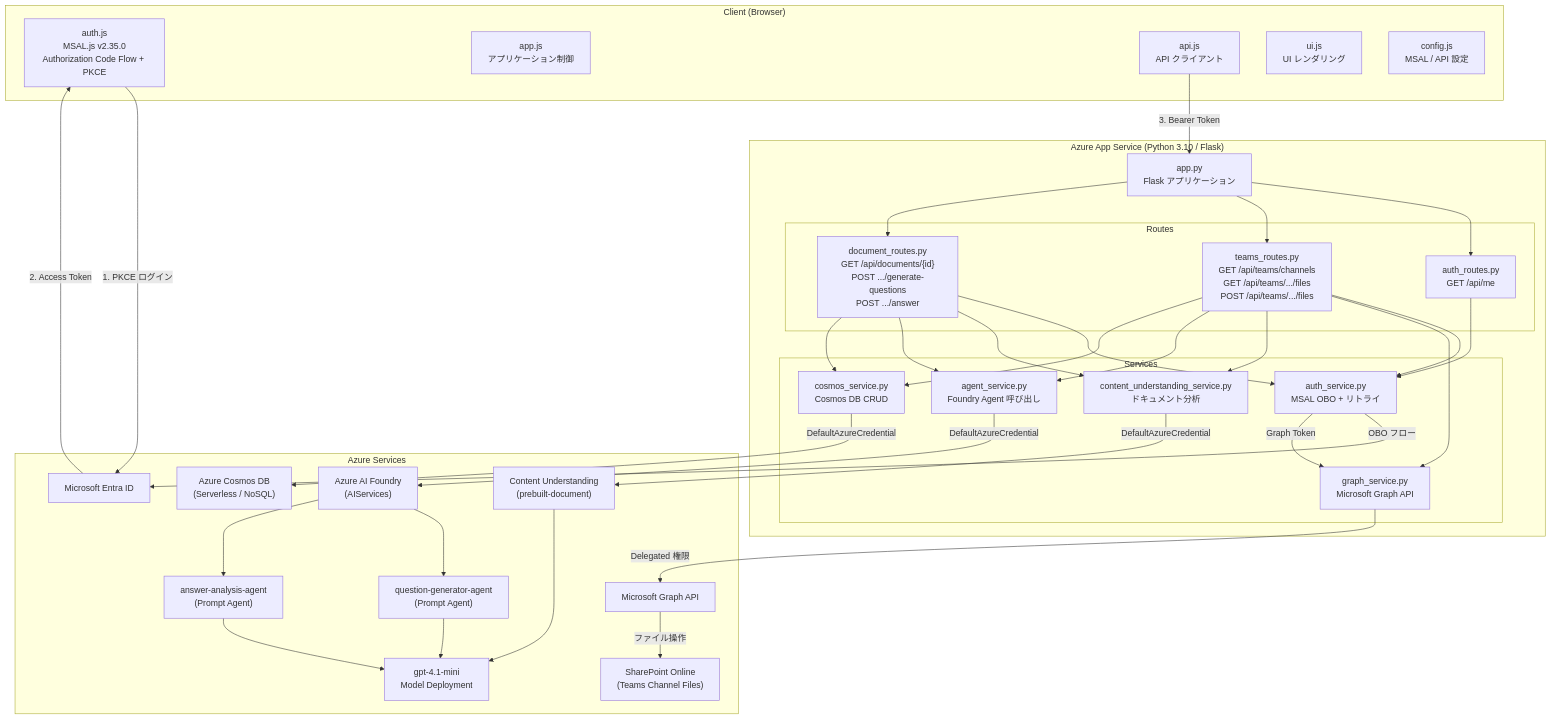
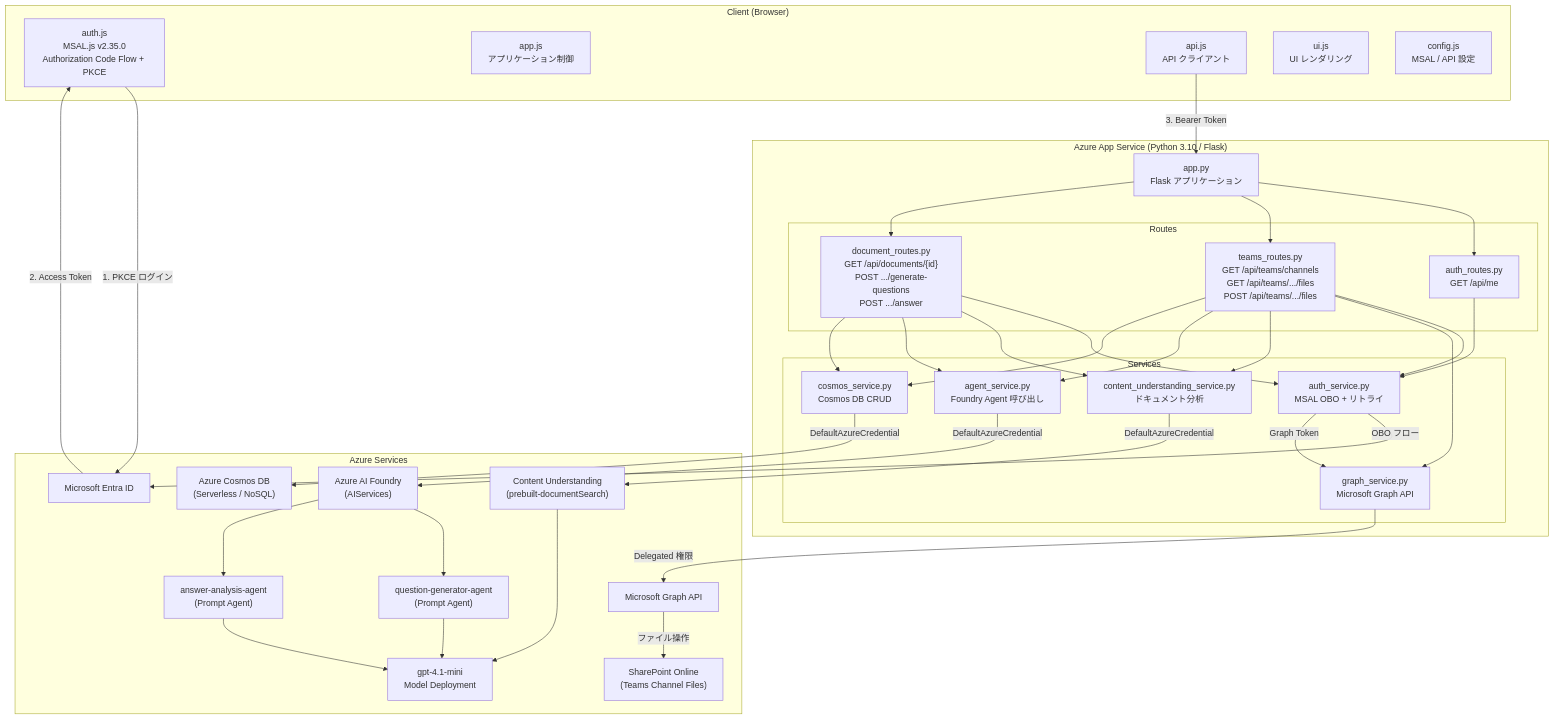
One commit to hatasaki/Manufacturing-Intelligent-Document-Management changed the first of 20 diagrams in docs/ARCHITECTURE.md. Above: the diagram before and after it, drawn with Mermaid. The commit also changed other lines of this file and 11 other files, not shown here.

````diff
--- a/docs/ARCHITECTURE.md
+++ b/docs/ARCHITECTURE.md
@@ -9,74 +9,74 @@
 ```mermaid
 graph TB
     subgraph "Client (Browser)"
         FE_AUTH["auth.js<br/>MSAL.js v2.35.0<br/>Authorization Code Flow + PKCE"]
         FE_APP["app.js<br/>アプリケーション制御"]
         FE_API["api.js<br/>API クライアント"]
         FE_UI["ui.js<br/>UI レンダリング"]
         FE_CONFIG["config.js<br/>MSAL / API 設定"]
     end
 
     subgraph "Azure App Service (Python 3.10 / Flask)"
         BE_APP["app.py<br/>Flask アプリケーション"]
         subgraph "Routes"
             AUTH_ROUTE["auth_routes.py<br/>GET /api/me"]
             TEAMS_ROUTE["teams_routes.py<br/>GET /api/teams/channels<br/>GET /api/teams/.../files<br/>POST /api/teams/.../files"]
             DOC_ROUTE["document_routes.py<br/>GET /api/documents/{id}<br/>POST .../generate-questions<br/>POST .../answer"]
         end
         subgraph "Services"
             AUTH_SVC["auth_service.py<br/>MSAL OBO + リトライ"]
             GRAPH_SVC["graph_service.py<br/>Microsoft Graph API"]
             COSMOS_SVC["cosmos_service.py<br/>Cosmos DB CRUD"]
             CU_SVC["content_understanding_service.py<br/>ドキュメント分析"]
             AGENT_SVC["agent_service.py<br/>Foundry Agent 呼び出し"]
         end
     end
 
     subgraph "Azure Services"
         ENTRA["Microsoft Entra ID"]
         GRAPH["Microsoft Graph API"]
         SP["SharePoint Online<br/>(Teams Channel Files)"]
         COSMOS["Azure Cosmos DB<br/>(Serverless / NoSQL)"]
         FOUNDRY["Azure AI Foundry<br/>(AIServices)"]
-        CU["Content Understanding<br/>(prebuilt-document)"]
+        CU["Content Understanding<br/>(prebuilt-documentSearch)"]
         AGENT_Q["question-generator-agent<br/>(Prompt Agent)"]
         AGENT_A["answer-analysis-agent<br/>(Prompt Agent)"]
         GPT["gpt-4.1-mini<br/>Model Deployment"]
     end
 
     FE_AUTH -->|"1. PKCE ログイン"| ENTRA
     ENTRA -->|"2. Access Token"| FE_AUTH
     FE_API -->|"3. Bearer Token"| BE_APP
 
     BE_APP --> AUTH_ROUTE
     BE_APP --> TEAMS_ROUTE
     BE_APP --> DOC_ROUTE
 
     AUTH_ROUTE --> AUTH_SVC
     TEAMS_ROUTE --> AUTH_SVC
     DOC_ROUTE --> AUTH_SVC
 
     AUTH_SVC -->|"OBO フロー"| ENTRA
     AUTH_SVC -->|"Graph Token"| GRAPH_SVC
 
     GRAPH_SVC -->|"Delegated 権限"| GRAPH
     GRAPH -->|"ファイル操作"| SP
 
     DOC_ROUTE --> CU_SVC
     DOC_ROUTE --> AGENT_SVC
     DOC_ROUTE --> COSMOS_SVC
     TEAMS_ROUTE --> GRAPH_SVC
     TEAMS_ROUTE --> CU_SVC
     TEAMS_ROUTE --> AGENT_SVC
     TEAMS_ROUTE --> COSMOS_SVC
 
     CU_SVC -->|"DefaultAzureCredential"| CU
     AGENT_SVC -->|"DefaultAzureCredential"| FOUNDRY
     COSMOS_SVC -->|"DefaultAzureCredential"| COSMOS
 
     FOUNDRY --> AGENT_Q
     FOUNDRY --> AGENT_A
     AGENT_Q --> GPT
     AGENT_A --> GPT
     CU --> GPT
 ```
````
